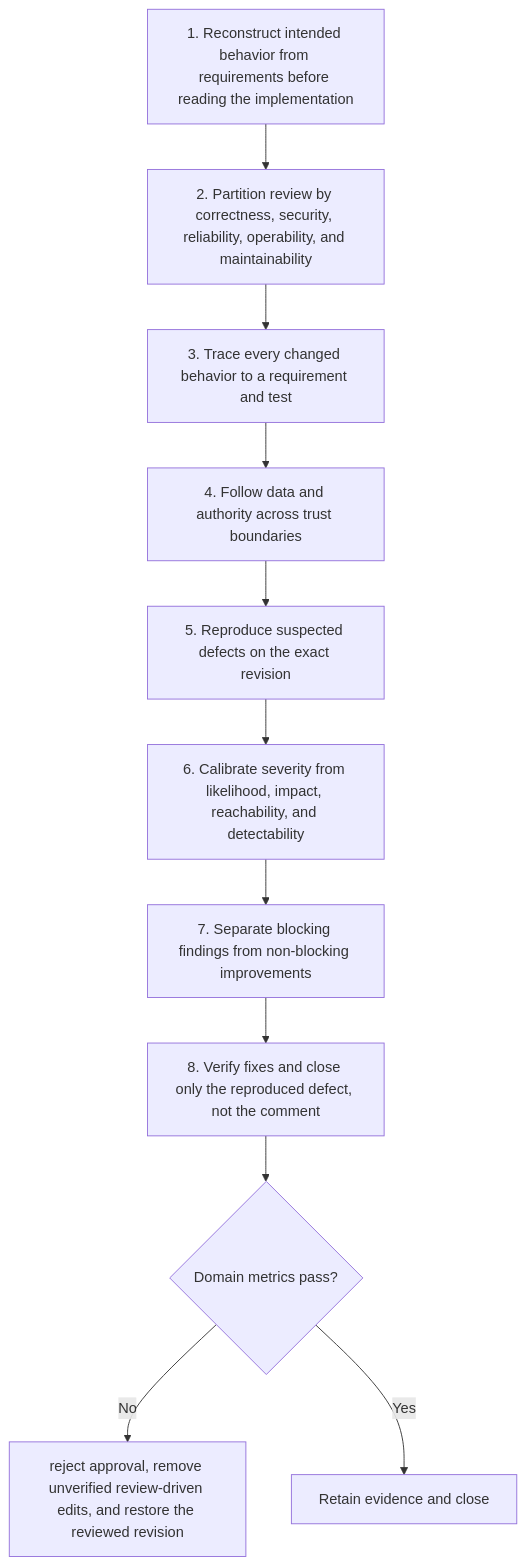
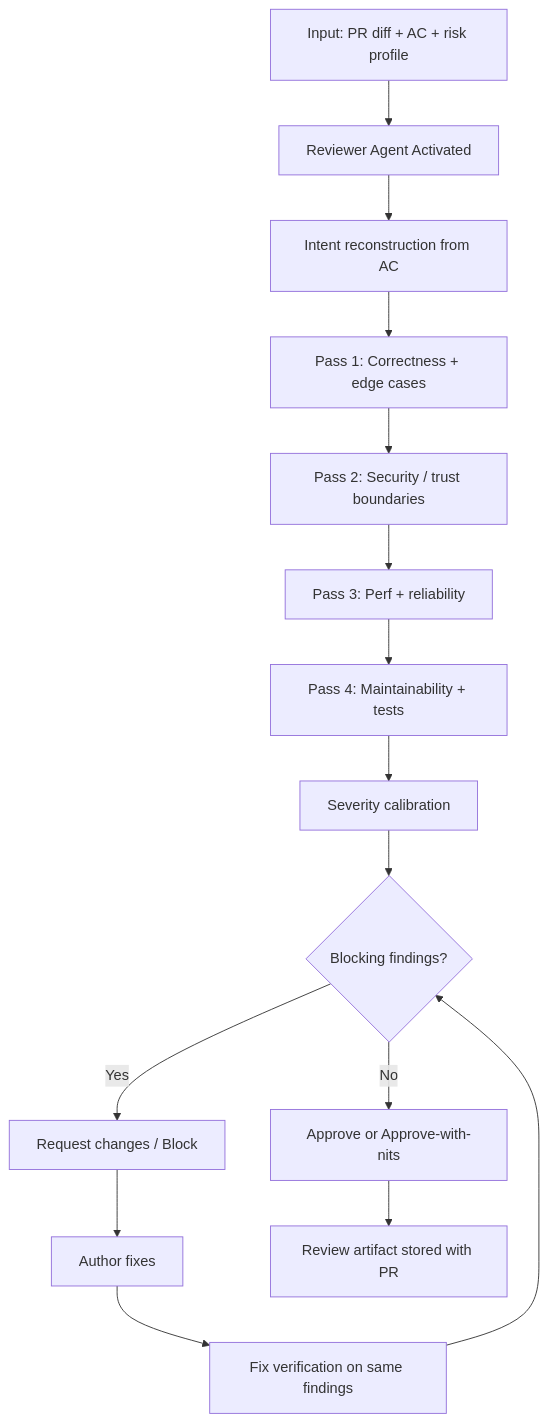
One commit to grvmithas/open-ai-engineering-standards changed the diagram in content/patterns/reviewer-pattern/workflow.md. Above: the diagram before and after it, drawn with Mermaid. The commit also changed other lines of this file and 494 other files, not shown here.

````diff
--- a/content/patterns/reviewer-pattern/workflow.md
+++ b/content/patterns/reviewer-pattern/workflow.md
@@ -9,14 +11,17 @@
 ```mermaid
 flowchart TD
-  S1[1. Reconstruct intended behavior from requirements before reading the implementation] --> S2
-  S2[2. Partition review by correctness, security, reliability, operability, and maintainability] --> S3
-  S3[3. Trace every changed behavior to a requirement and test] --> S4
-  S4[4. Follow data and authority across trust boundaries] --> S5
-  S5[5. Reproduce suspected defects on the exact revision] --> S6
-  S6[6. Calibrate severity from likelihood, impact, reachability, and detectability] --> S7
-  S7[7. Separate blocking findings from non-blocking improvements] --> S8
-  S8[8. Verify fixes and close only the reproduced defect, not the comment]
-  S8 --> V{Domain metrics pass?}
-  V -->|No| R[reject approval, remove unverified review-driven edits, and restore the reviewed revision]
-  V -->|Yes| C[Retain evidence and close]
+    A[Input: PR diff + AC + risk profile] --> B[Reviewer Agent Activated]
+    B --> C[Intent reconstruction from AC]
+    C --> D[Pass 1: Correctness + edge cases]
+    D --> E[Pass 2: Security / trust boundaries]
+    E --> F[Pass 3: Perf + reliability]
+    F --> G[Pass 4: Maintainability + tests]
+    G --> H[Severity calibration]
+    H --> I{Blocking findings?}
+    I -->|Yes| J[Request changes / Block]
+    J --> K[Author fixes]
+    K --> L[Fix verification on same findings]
+    L --> I
+    I -->|No| M[Approve or Approve-with-nits]
+    M --> N[Review artifact stored with PR]
 ```
````
